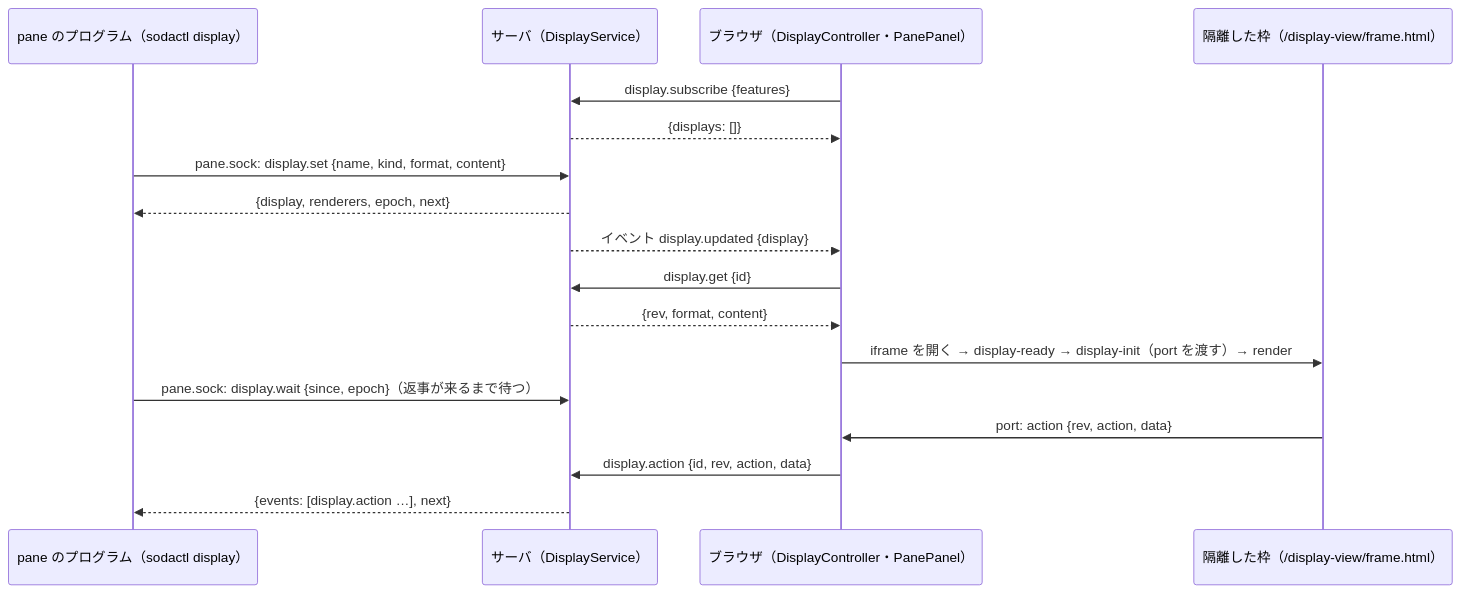
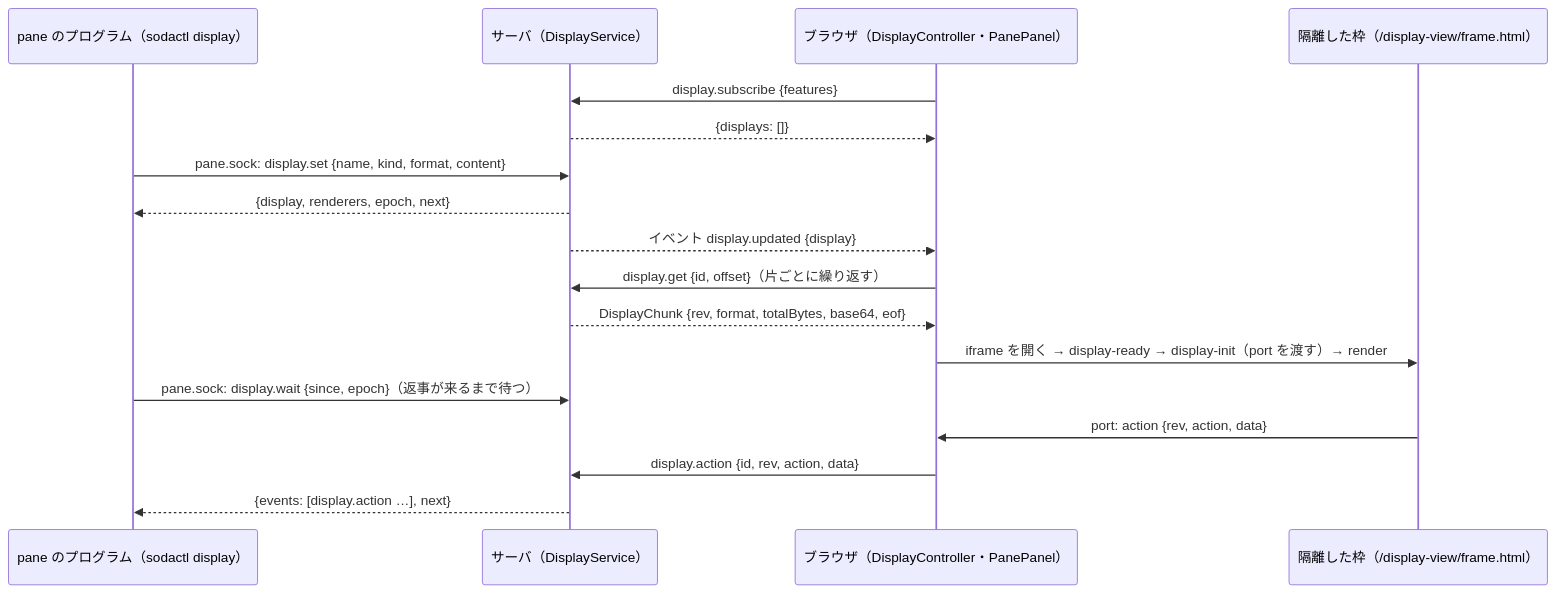
Before and after one commit to asaomaro/sodashitsu: the diagram in .aidev/works/20261007-soda-extensions/design.md, drawn with Mermaid. The commit also changed other lines of this file and 1 other file, not shown here.

````diff
--- a/.aidev/works/20261007-soda-extensions/design.md
+++ b/.aidev/works/20261007-soda-extensions/design.md
@@ -10,19 +13,19 @@
 ```mermaid
 sequenceDiagram
   participant P as pane のプログラム（sodactl display）
   participant S as サーバ（DisplayService）
   participant B as ブラウザ（DisplayController・PanePanel）
   participant F as 隔離した枠（/display-view/frame.html）
   B->>S: display.subscribe {features}
   S-->>B: {displays: []}
   P->>S: pane.sock: display.set {name, kind, format, content}
   S-->>P: {display, renderers, epoch, next}
   S-->>B: イベント display.updated {display}
-  B->>S: display.get {id}
-  S-->>B: {rev, format, content}
+  B->>S: display.get {id, offset}（片ごとに繰り返す）
+  S-->>B: DisplayChunk {rev, format, totalBytes, base64, eof}
   B->>F: iframe を開く → display-ready → display-init（port を渡す）→ render
   P->>S: pane.sock: display.wait {since, epoch}（返事が来るまで待つ）
   F->>B: port: action {rev, action, data}
   B->>S: display.action {id, rev, action, data}
   S-->>P: {events: [display.action …], next}
 ```
````
